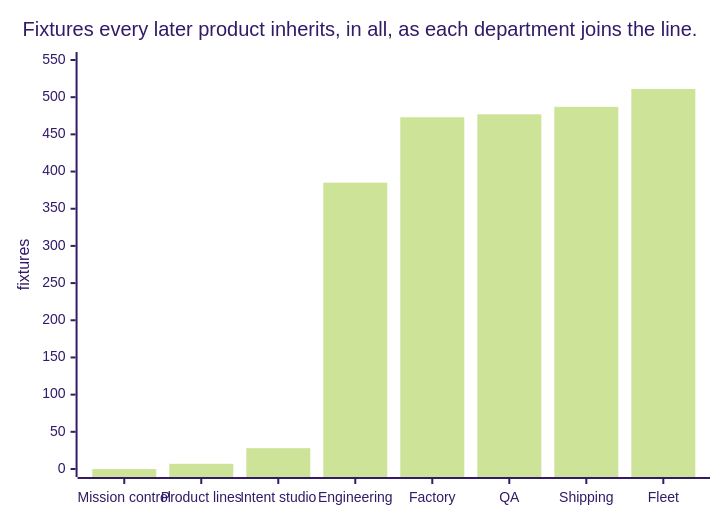
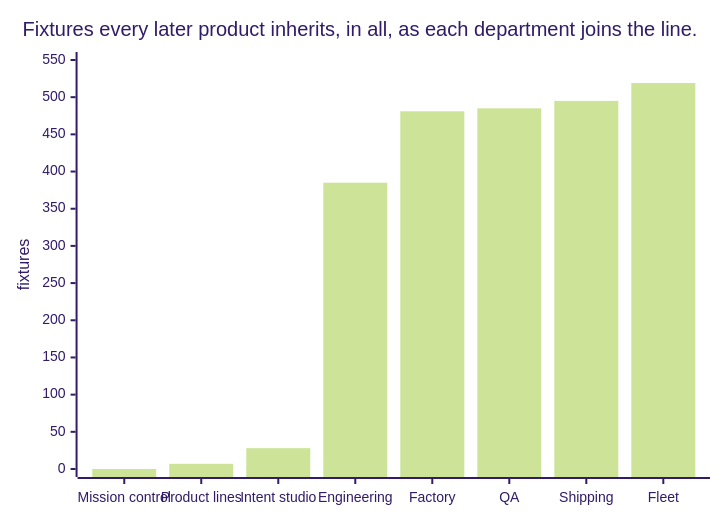
Before and after one commit to russlittle/ZTHR: the second of 3 diagrams in intent/docs/line/README.md, drawn with Mermaid (forest theme). The commit also changed other lines of this file and 24 other files, not shown here.

````diff
--- a/intent/docs/line/README.md
+++ b/intent/docs/line/README.md
@@ -99,7 +99,7 @@
 ```mermaid
 xychart-beta
   title "Fixtures every later product inherits, in all, as each department joins the line."
   x-axis ["Mission control", "Product lines", "Intent studio", "Engineering", "Factory", "QA", "Shipping", "Fleet"]
   y-axis "fixtures" 0 --> 550
-  bar [0, 7, 28, 385, 473, 477, 487, 511]
+  bar [0, 7, 28, 385, 481, 485, 495, 519]
 ```
````
